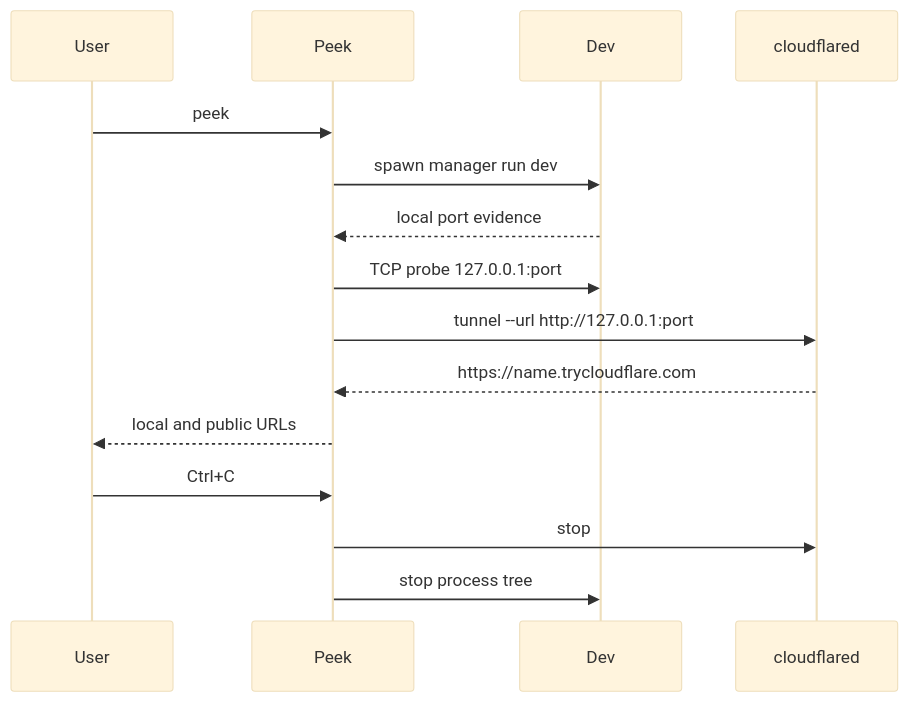
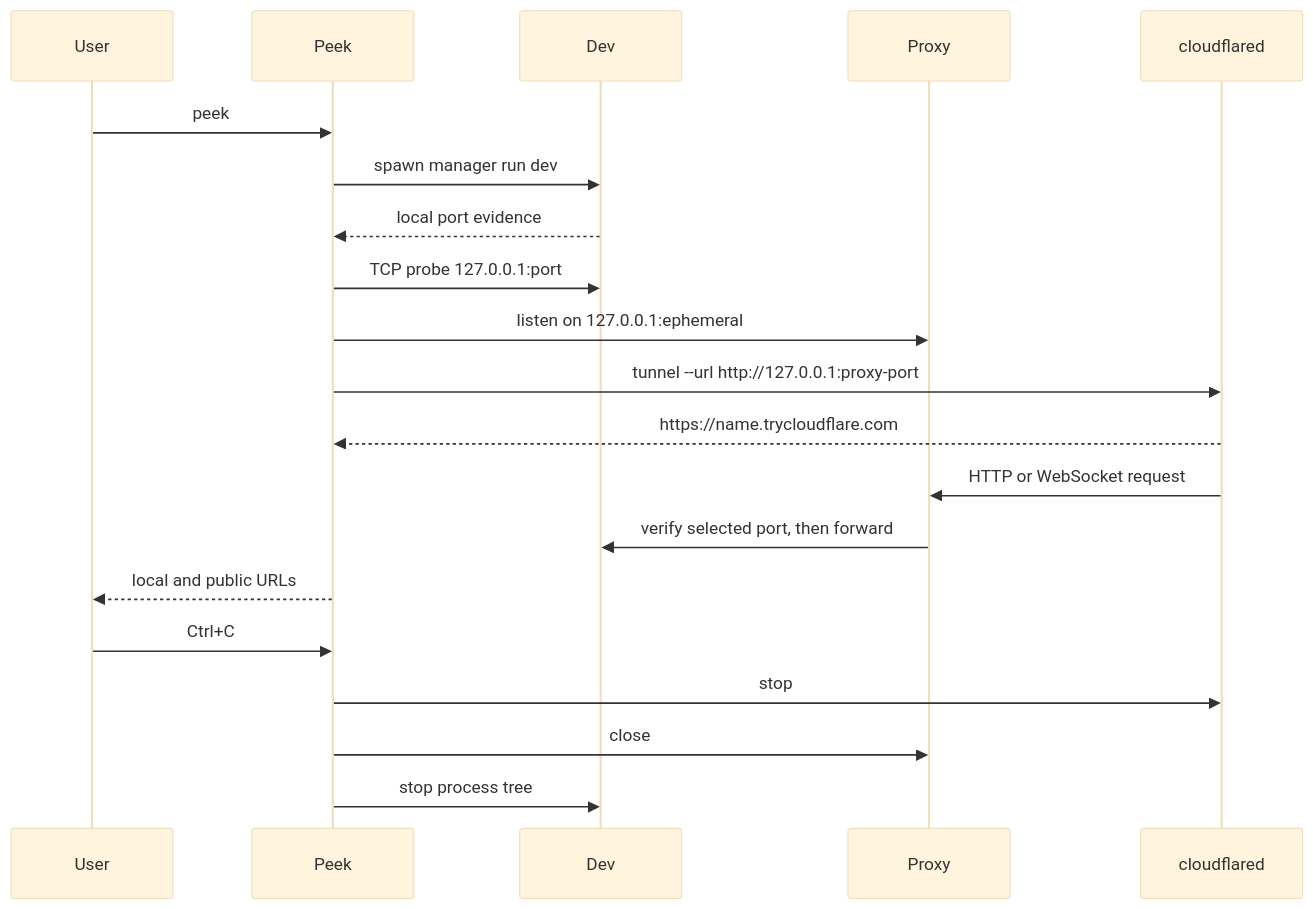
One commit to radityama/peek changed the second of 2 diagrams in docs/ARCHITECTURE.md. Above: the diagram before and after it, drawn with Mermaid (base theme). The commit also changed other lines of this file and 31 other files, not shown here.

````diff
--- a/docs/ARCHITECTURE.md
+++ b/docs/ARCHITECTURE.md
@@ -77,17 +87,22 @@
 ```mermaid
 sequenceDiagram
     participant User
     participant Peek
     participant Dev
+    participant Proxy
     participant CF as cloudflared
     User->>Peek: peek
     Peek->>Dev: spawn manager run dev
     Dev-->>Peek: local port evidence
     Peek->>Dev: TCP probe 127.0.0.1:port
-    Peek->>CF: tunnel --url http://127.0.0.1:port
+    Peek->>Proxy: listen on 127.0.0.1:ephemeral
+    Peek->>CF: tunnel --url http://127.0.0.1:proxy-port
     CF-->>Peek: https://name.trycloudflare.com
+    CF->>Proxy: HTTP or WebSocket request
+    Proxy->>Dev: verify selected port, then forward
     Peek-->>User: local and public URLs
     User->>Peek: Ctrl+C
     Peek->>CF: stop
+    Peek->>Proxy: close
     Peek->>Dev: stop process tree
 ```
````
